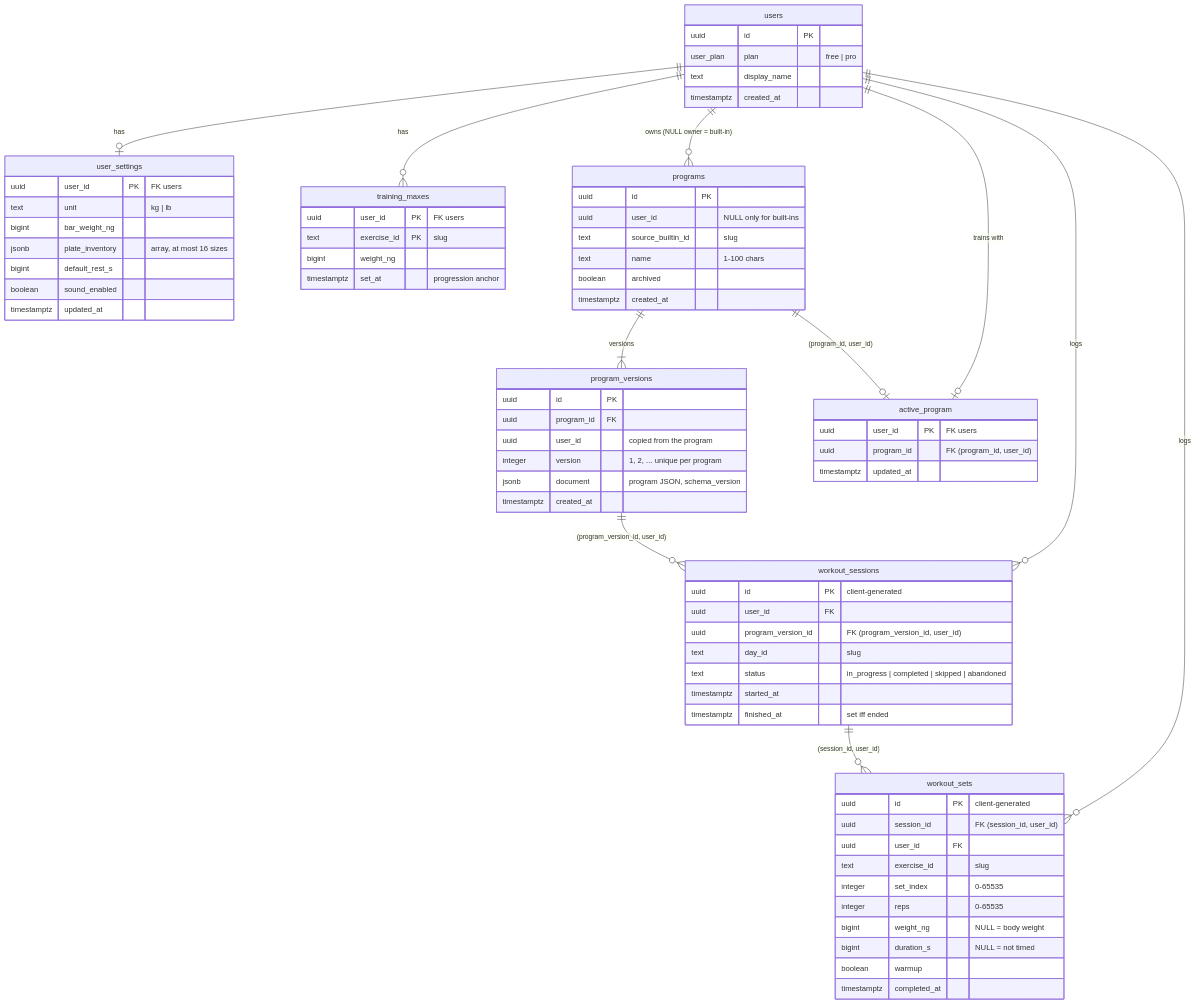
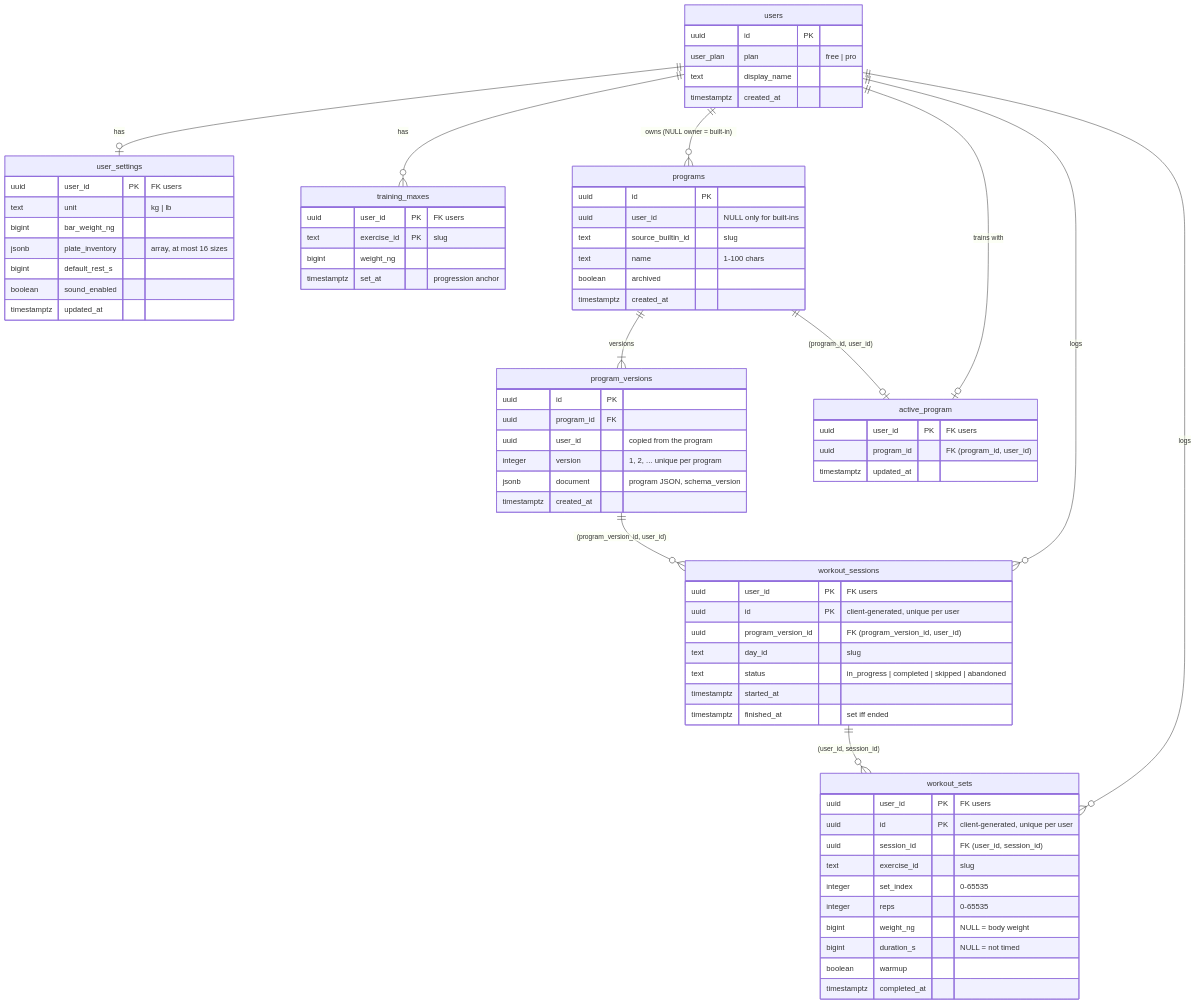
Before and after one commit to fe2o3-labs/Iron-Oxide: the diagram in docs/database.md, drawn with Mermaid. The commit also changed other lines of this file and 10 other files, not shown here.

Commit message:
Key client-generated ids by (user_id, id) so another user's id is indistinguishable from a free one

````diff
--- a/docs/database.md
+++ b/docs/database.md
@@ -14,77 +14,77 @@
 ```mermaid
 erDiagram
     users ||--o| user_settings : "has"
     users ||--o{ training_maxes : "has"
     users ||--o{ programs : "owns (NULL owner = built-in)"
     programs ||--|{ program_versions : "versions"
     users ||--o| active_program : "trains with"
     programs ||--o| active_program : "(program_id, user_id)"
     users ||--o{ workout_sessions : "logs"
     program_versions ||--o{ workout_sessions : "(program_version_id, user_id)"
     users ||--o{ workout_sets : "logs"
-    workout_sessions ||--o{ workout_sets : "(session_id, user_id)"
+    workout_sessions ||--o{ workout_sets : "(user_id, session_id)"
 
     users {
         uuid id PK
         user_plan plan "free | pro"
         text display_name
         timestamptz created_at
     }
     user_settings {
         uuid user_id PK "FK users"
         text unit "kg | lb"
         bigint bar_weight_ng
         jsonb plate_inventory "array, at most 16 sizes"
         bigint default_rest_s
         boolean sound_enabled
         timestamptz updated_at
     }
     training_maxes {
         uuid user_id PK "FK users"
         text exercise_id PK "slug"
         bigint weight_ng
         timestamptz set_at "progression anchor"
     }
     programs {
         uuid id PK
         uuid user_id "NULL only for built-ins"
         text source_builtin_id "slug"
         text name "1-100 chars"
         boolean archived
         timestamptz created_at
     }
     program_versions {
         uuid id PK
         uuid program_id FK
         uuid user_id "copied from the program"
         integer version "1, 2, ... unique per program"
         jsonb document "program JSON, schema_version"
         timestamptz created_at
     }
     active_program {
         uuid user_id PK "FK users"
         uuid program_id "FK (program_id, user_id)"
         timestamptz updated_at
     }
     workout_sessions {
-        uuid id PK "client-generated"
-        uuid user_id FK
+        uuid user_id PK "FK users"
+        uuid id PK "client-generated, unique per user"
         uuid program_version_id "FK (program_version_id, user_id)"
         text day_id "slug"
         text status "in_progress | completed | skipped | abandoned"
         timestamptz started_at
         timestamptz finished_at "set iff ended"
     }
     workout_sets {
-        uuid id PK "client-generated"
-        uuid session_id "FK (session_id, user_id)"
-        uuid user_id FK
+        uuid user_id PK "FK users"
+        uuid id PK "client-generated, unique per user"
+        uuid session_id "FK (user_id, session_id)"
         text exercise_id "slug"
         integer set_index "0-65535"
         integer reps "0-65535"
         bigint weight_ng "NULL = body weight"
         bigint duration_s "NULL = not timed"
         boolean warmup
         timestamptz completed_at
     }
 ```
````
